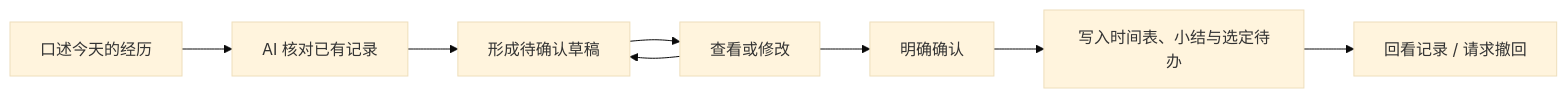
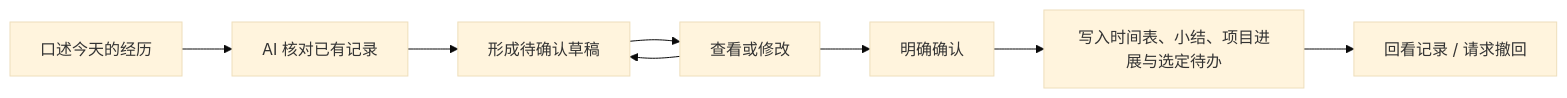
Before and after one commit to mantoumessi-spec/leo-life-workbench: the diagram in README.md, drawn with Mermaid (base theme). The commit also changed other lines of this file and 2 other files, not shown here.

````diff
--- a/README.md
+++ b/README.md
@@ -44,10 +48,10 @@
 ```mermaid
 flowchart LR
     A["口述今天的经历"] --> B["AI 核对已有记录"]
     B --> C["形成待确认草稿"]
     C --> D["查看或修改"]
     D --> C
     D --> E["明确确认"]
-    E --> F["写入时间表、小结与选定待办"]
+    E --> F["写入时间表、小结、项目进展与选定待办"]
     F --> G["回看记录 / 请求撤回"]
 ```
````
